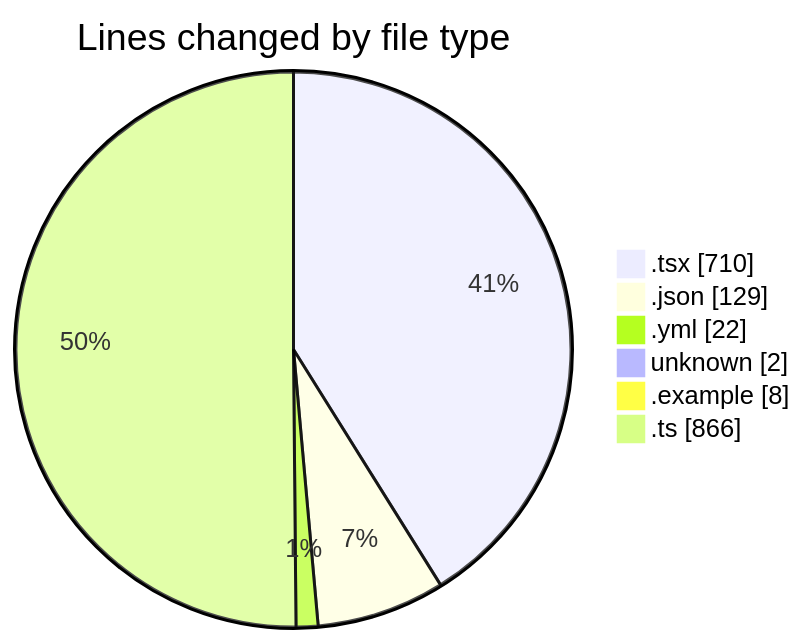
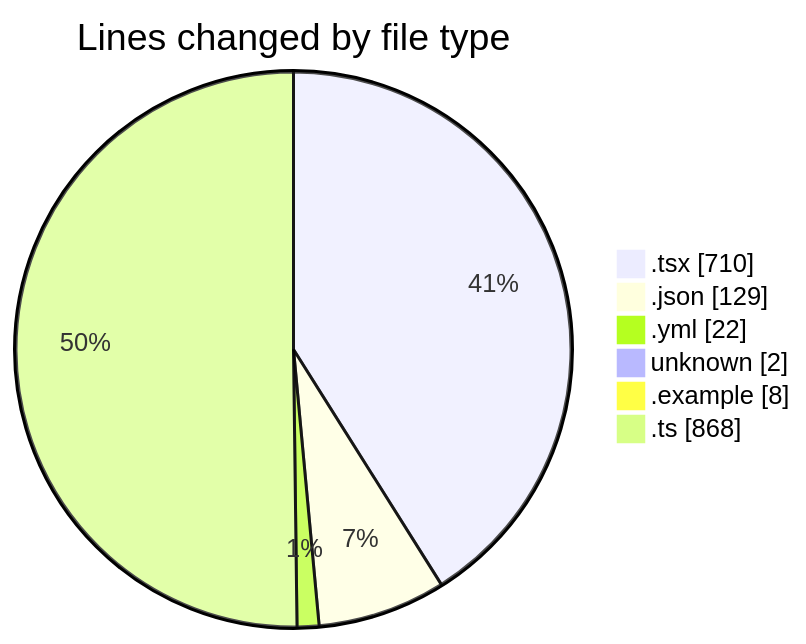
Before and after one commit to julien-gomy/code-tracking: the first of 2 diagrams in 2025-11-21/eventscop-frontend-guide__workspace_/README.md, drawn with Mermaid. The commit also changed other lines of this file and 1 other file, not shown here.

````diff
--- a/2025-11-21/eventscop-frontend-guide__workspace_/README.md
+++ b/2025-11-21/eventscop-frontend-guide__workspace_/README.md
@@ -35,10 +35,10 @@
 ```mermaid
 pie showData
 title Lines changed by file type
 ".tsx" : 710
 ".json" : 129
 ".yml" : 22
 "unknown" : 2
 ".example" : 8
-".ts" : 866
+".ts" : 868
 ```
````
